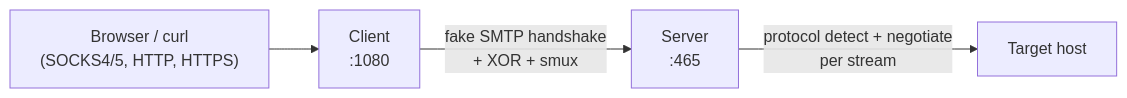
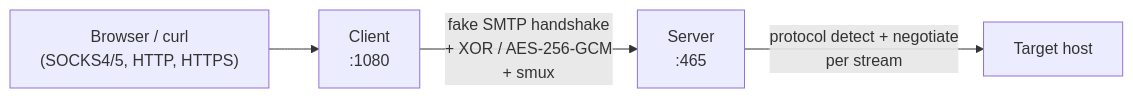
Before and after one commit to dimaskiddo/proxy-over-smtp: the diagram in README.md, drawn with Mermaid. The commit also changed other lines of this file and 26 other files, not shown here.

````diff
--- a/README.md
+++ b/README.md
@@ -45,6 +46,6 @@
 ```mermaid
 graph LR
     App["Browser / curl<br/>(SOCKS4/5, HTTP, HTTPS)"] --> Client["Client<br/>:1080"]
-    Client -- "fake SMTP handshake<br/>+ XOR + smux" --> Server["Server<br/>:465"]
+    Client -- "fake SMTP handshake<br/>+ XOR / AES-256-GCM<br/>+ smux" --> Server["Server<br/>:465"]
     Server -- "protocol detect + negotiate<br/>per stream" --> Target["Target host"]
 ```
````
